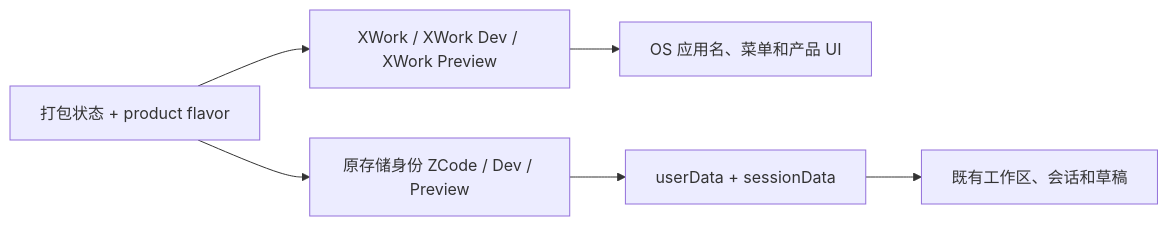
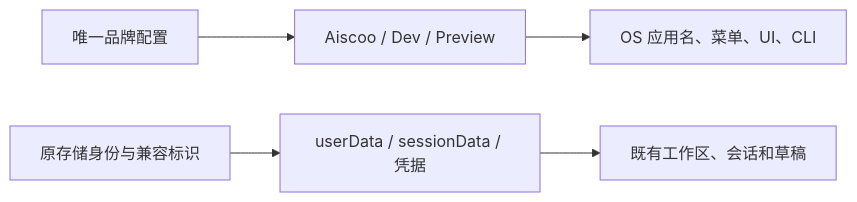
The first of 2 diagrams in docs/xcode/branding/icon-spec.md (978655242/XCode), drawn with Mermaid before and after one commit. The commit also changed other lines of this file and 289 other files, not shown here.

First line of the commit message:
feat(brand): adopt Aiscoo identity and animated login branding (#36)

````diff
--- a/docs/xcode/branding/icon-spec.md
+++ b/docs/xcode/branding/icon-spec.md
@@ -21,8 +27,7 @@
 ```mermaid
 flowchart LR
-  Flavor["打包状态 + product flavor"] --> Display["XWork / XWork Dev / XWork Preview"]
-  Display --> Surface["OS 应用名、菜单和产品 UI"]
-  Flavor --> Legacy["原存储身份 ZCode / Dev / Preview"]
-  Legacy --> Paths["userData + sessionData"]
+  Brand["唯一品牌配置"] --> Display["Aiscoo / Dev / Preview"]
+  Display --> Surface["OS 应用名、菜单、UI、CLI"]
+  Legacy["原存储身份与兼容标识"] --> Paths["userData / sessionData / 凭据"]
   Paths --> History["既有工作区、会话和草稿"]
 ```
````
